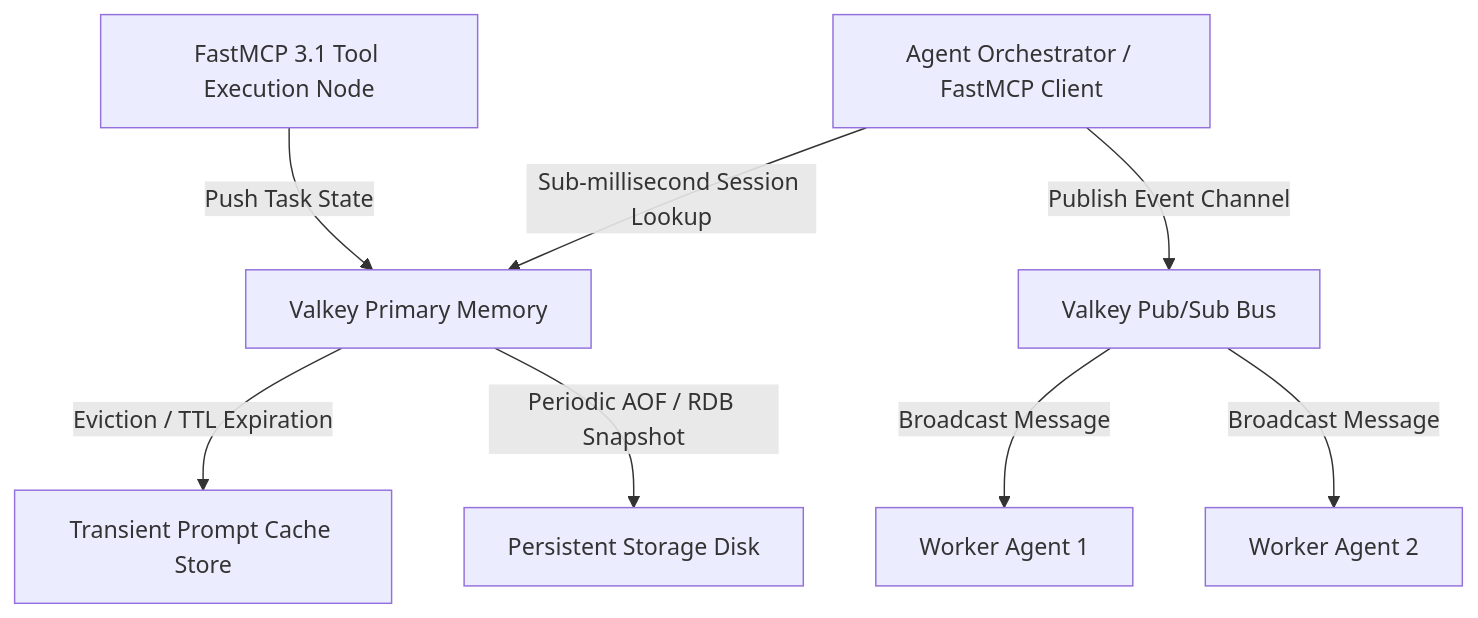
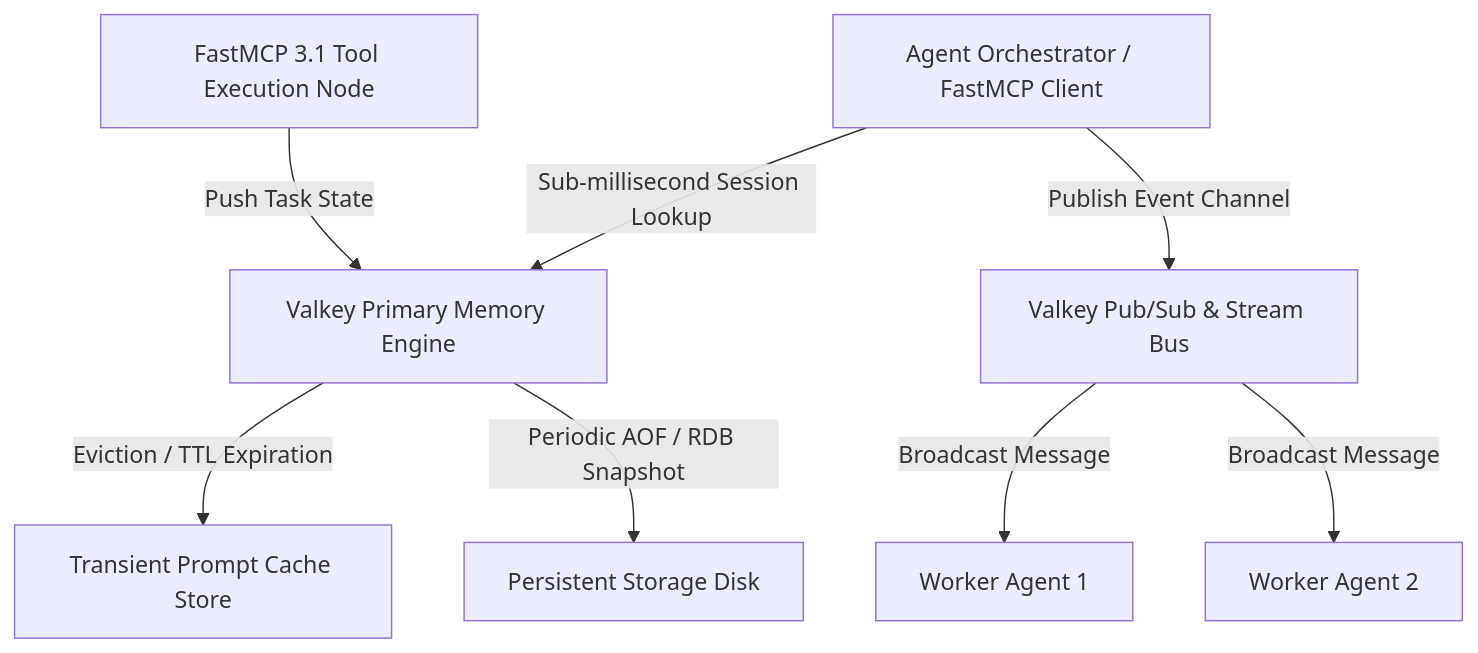
The diagram in docs/tools/infrastructure/valkey.md (joanmarcriera/Home-office-automations), drawn with Mermaid before and after one commit. The commit also changed other lines of this file and 5 other files, not shown here.

````diff
--- a/docs/tools/infrastructure/valkey.md
+++ b/docs/tools/infrastructure/valkey.md
@@ -9,10 +11,10 @@
 ```mermaid
 graph TD
-    A[Agent Orchestrator / FastMCP Client] -->|Sub-millisecond Session Lookup| B[Valkey Primary Memory]
-    A -->|Publish Event Channel| C[Valkey Pub/Sub Bus]
+    A[Agent Orchestrator / FastMCP Client] -->|Sub-millisecond Session Lookup| B[Valkey Primary Memory Engine]
+    A -->|Publish Event Channel| C[Valkey Pub/Sub & Stream Bus]
     C -->|Broadcast Message| D[Worker Agent 1]
     C -->|Broadcast Message| E[Worker Agent 2]
     B -->|Eviction / TTL Expiration| F[Transient Prompt Cache Store]
     B -->|Periodic AOF / RDB Snapshot| G[Persistent Storage Disk]
     H[FastMCP 3.1 Tool Execution Node] -->|Push Task State| B
 ```
````
